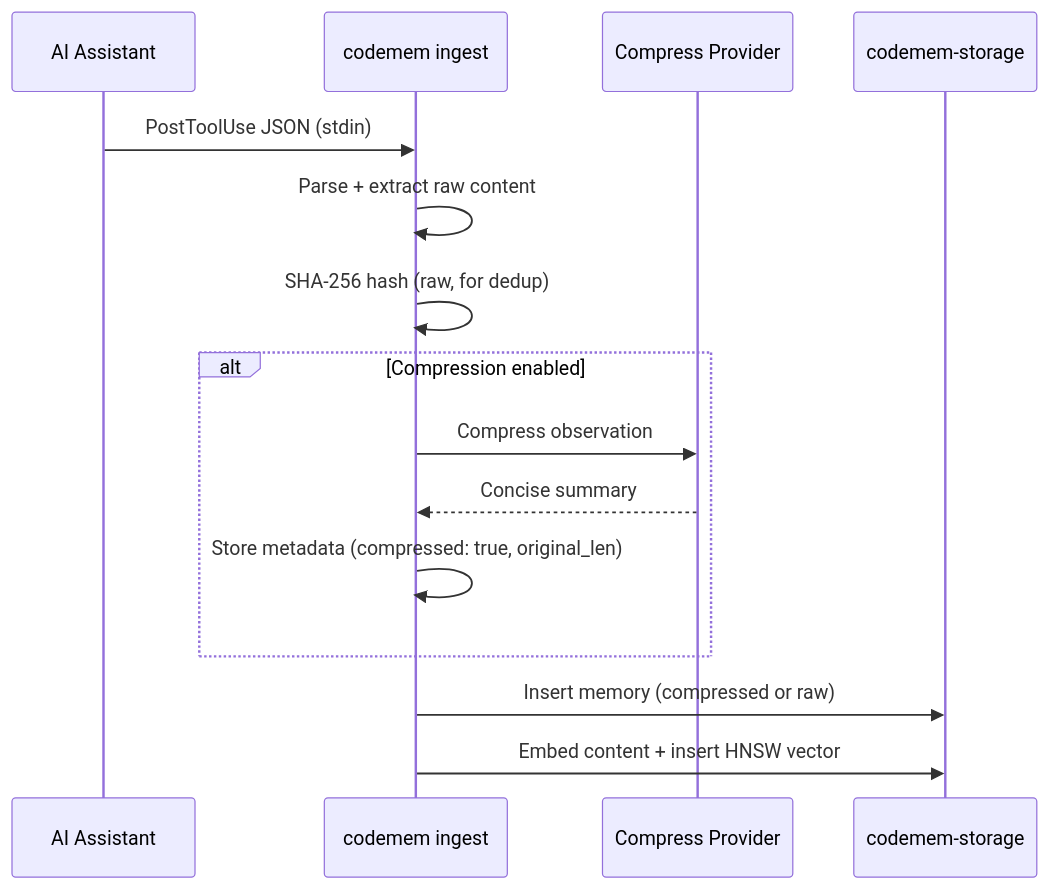
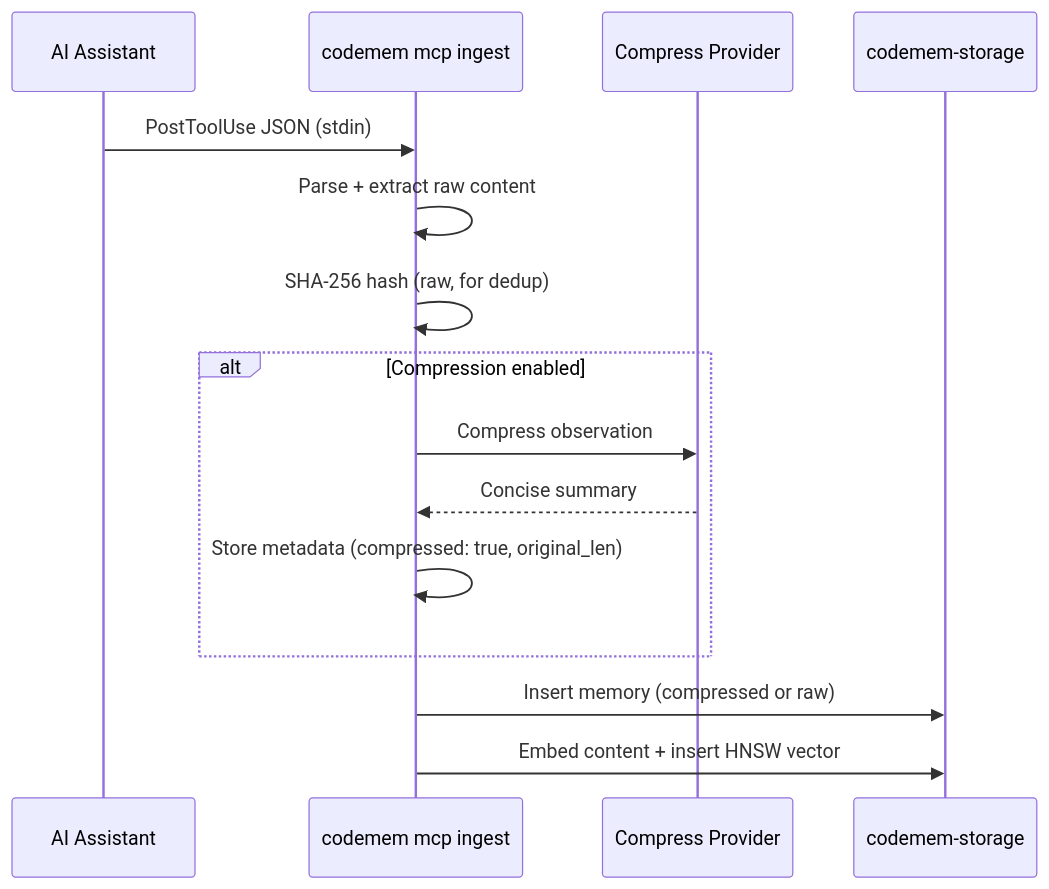
The fourth of 10 diagrams in docs/architecture.md (cogniplex/codemem), drawn with Mermaid before and after one commit. The commit also changed other lines of this file and 16 other files, not shown here.

````diff
--- a/docs/architecture.md
+++ b/docs/architecture.md
@@ -166,18 +166,18 @@
 ```mermaid
 sequenceDiagram
     participant AI as AI Assistant
-    participant Hook as codemem ingest
+    participant Hook as codemem mcp ingest
     participant LLM as Compress Provider
     participant Store as codemem-storage
 
     AI->>Hook: PostToolUse JSON (stdin)
     Hook->>Hook: Parse + extract raw content
     Hook->>Hook: SHA-256 hash (raw, for dedup)
     alt Compression enabled
         Hook->>LLM: Compress observation
         LLM-->>Hook: Concise summary
         Hook->>Hook: Store metadata (compressed: true, original_len)
     end
     Hook->>Store: Insert memory (compressed or raw)
     Hook->>Store: Embed content + insert HNSW vector
 ```
````
